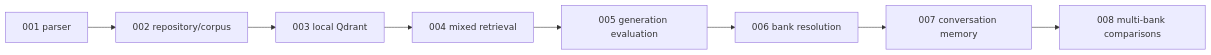
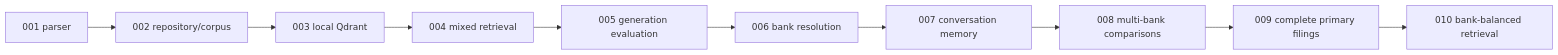
One commit to nikolabakic/Banking-Technology-and-Operational-Risk-Intelligence-Assistant changed the diagram in docs/decisions/README.md. Above: the diagram before and after it, drawn with Mermaid. The commit also changed other lines of this file and 34 other files, not shown here.

````diff
--- a/docs/decisions/README.md
+++ b/docs/decisions/README.md
@@ -5,10 +5,12 @@
 ```mermaid
 flowchart LR
     Parser[001 parser] --> Overhaul[002 repository/corpus]
     Overhaul --> Qdrant[003 local Qdrant]
     Qdrant --> Mixed[004 mixed retrieval]
     Mixed --> Generation[005 generation evaluation]
     Generation --> Resolver[006 bank resolution]
     Resolver --> Memory[007 conversation memory]
     Memory --> Comparison[008 multi-bank comparisons]
+    Comparison --> CompleteFilings[009 complete primary filings]
+    CompleteFilings --> Balanced[010 bank-balanced retrieval]
 ```
````
